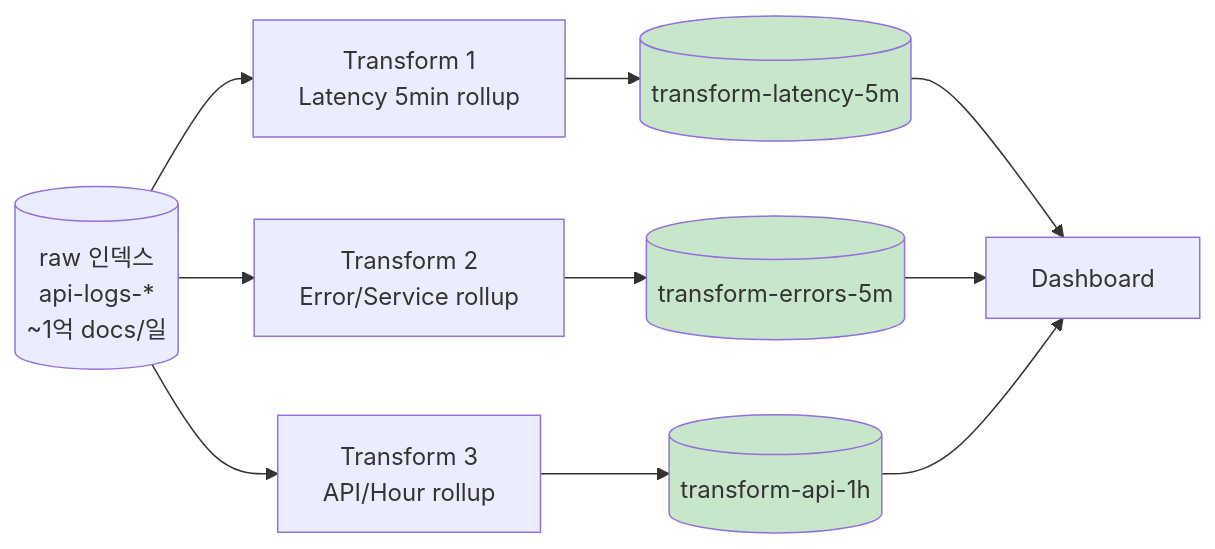
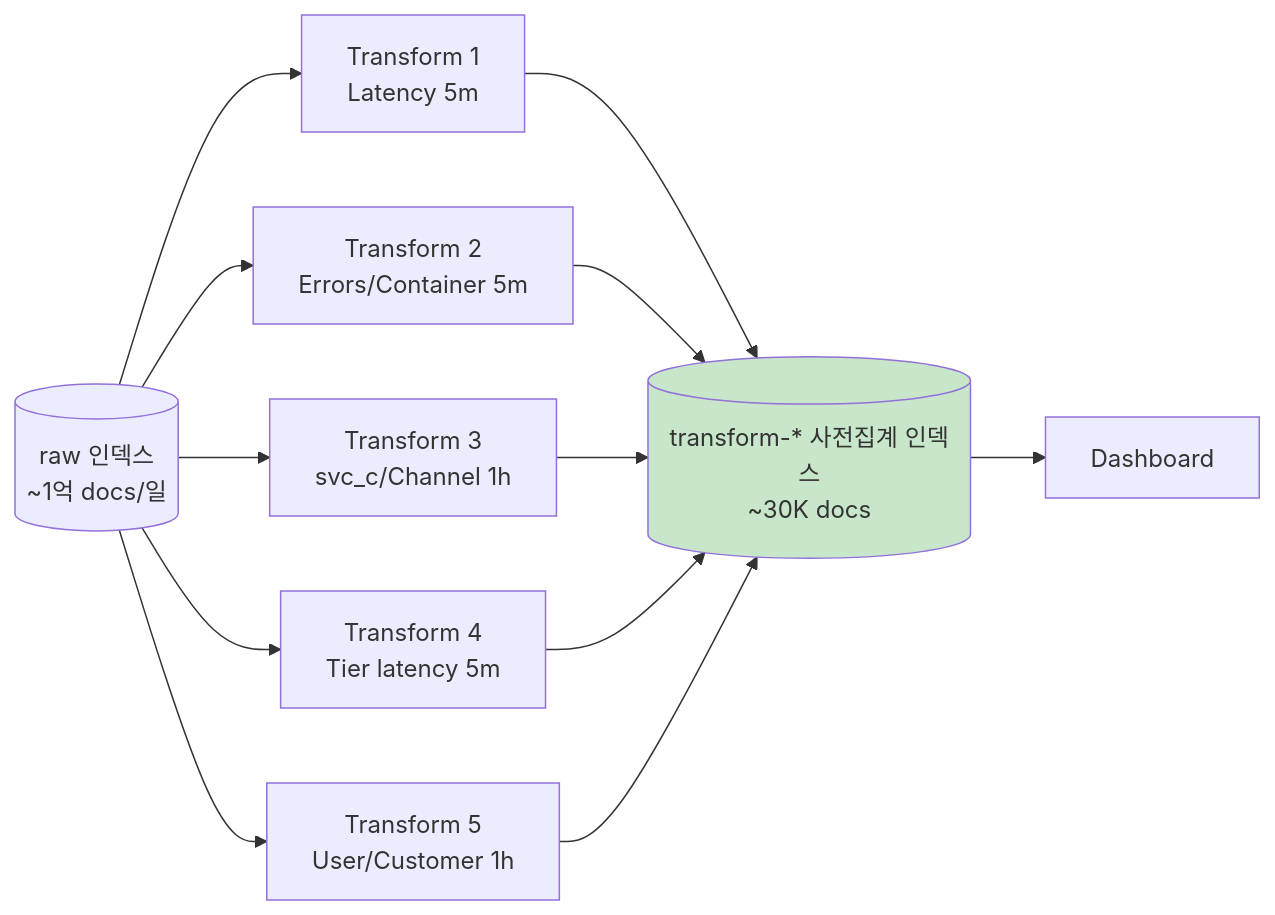
Before and after one commit to corollazer0/elk-learning: the third of 10 diagrams in docs/09-monitoring-strategy.md, drawn with Mermaid. The commit also changed other lines of this file, not shown here.

````diff
--- a/docs/09-monitoring-strategy.md
+++ b/docs/09-monitoring-strategy.md
@@ -149,22 +114,15 @@
 ```mermaid
 flowchart LR
-    Raw[("raw 인덱스<br/>api-logs-*<br/>~1억 docs/일")]
-    T1["Transform 1<br/>Latency 5min rollup"]
-    T2["Transform 2<br/>Error/Service rollup"]
-    T3["Transform 3<br/>API/Hour rollup"]
-    Pre1[("transform-latency-5m")]
-    Pre2[("transform-errors-5m")]
-    Pre3[("transform-api-1h")]
+    Raw[("raw 인덱스<br/>~1억 docs/일")]
+    T1[Transform 1<br/>Latency 5m]
+    T2[Transform 2<br/>Errors/Container 5m]
+    T3[Transform 3<br/>svc_c/Channel 1h]
+    T4[Transform 4<br/>Tier latency 5m]
+    T5[Transform 5<br/>User/Customer 1h]
+    Pre[("transform-* 사전집계 인덱스<br/>~30K docs")]
     Dash[Dashboard]
 
-    Raw --> T1 --> Pre1
-    Raw --> T2 --> Pre2
-    Raw --> T3 --> Pre3
-    Pre1 --> Dash
-    Pre2 --> Dash
-    Pre3 --> Dash
+    Raw --> T1 & T2 & T3 & T4 & T5 --> Pre --> Dash
 
-    style Pre1 fill:#c8e6c9
-    style Pre2 fill:#c8e6c9
-    style Pre3 fill:#c8e6c9
+    style Pre fill:#c8e6c9
 ```
````
